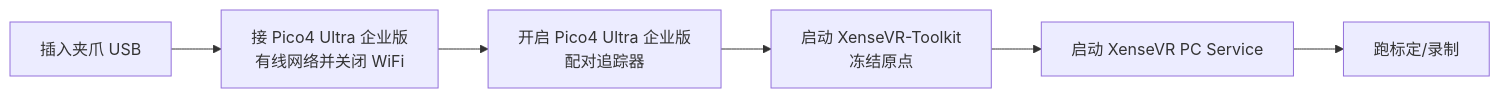
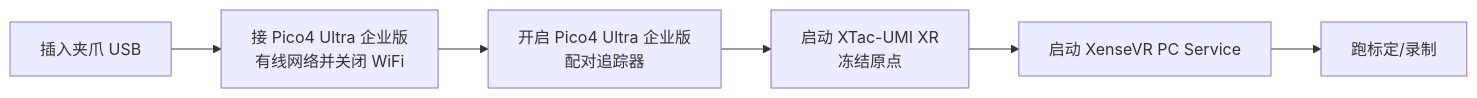
The diagram in docs/03-host-hardware.md (Vertax42/taccap-gripper-docs), drawn with Mermaid before and after one commit. The commit also changed other lines of this file and 6 other files, not shown here.

First line of the commit message:
docs: rename XenseVR-Toolkit to XTac-UMI XR

````diff
--- a/docs/03-host-hardware.md
+++ b/docs/03-host-hardware.md
@@ -366,8 +366,8 @@
 ```mermaid
 flowchart LR
     A[插入夹爪 USB] --> N[接 Pico4 Ultra 企业版<br/>有线网络并关闭 WiFi]
     N --> B[开启 Pico4 Ultra 企业版<br/>配对追踪器]
-    B --> C[启动 XenseVR-Toolkit<br/>冻结原点]
+    B --> C[启动 XTac-UMI XR<br/>冻结原点]
     C --> D[启动 XenseVR PC Service]
     D --> E[跑标定/录制]
 ```
````
